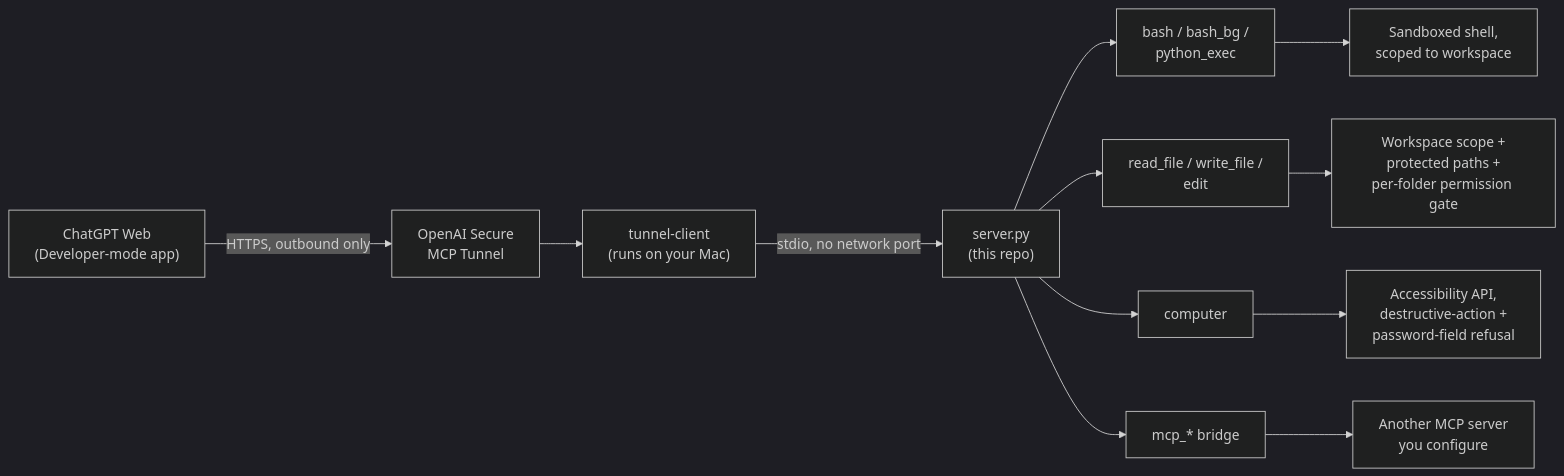
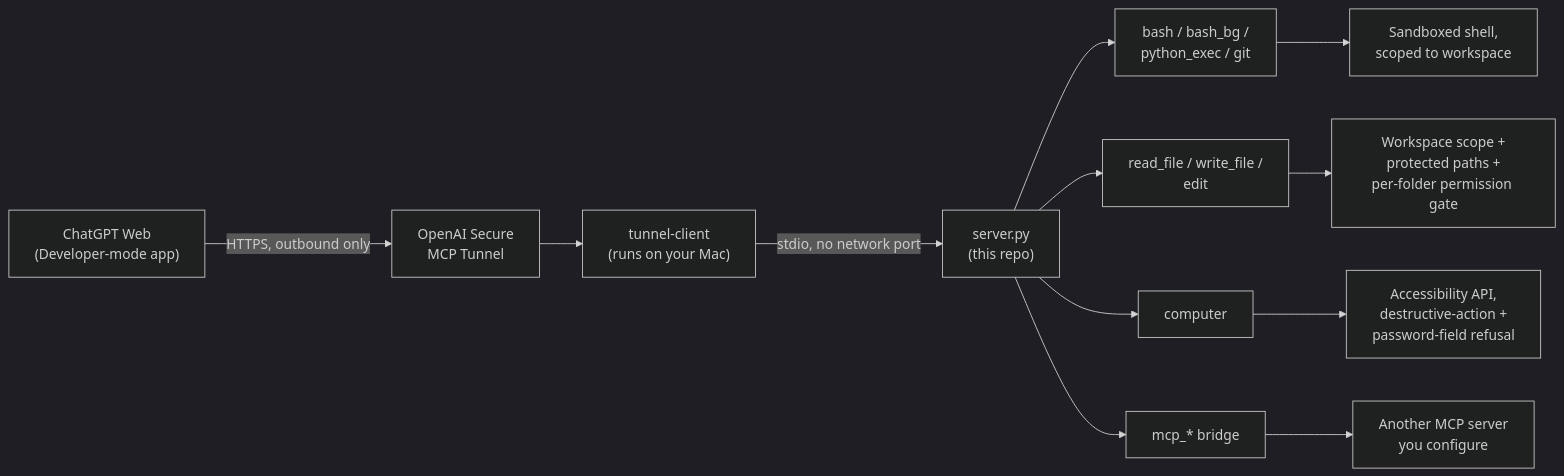
The first of 2 diagrams in README.md (halochamp/Endeavor_Hands), drawn with Mermaid (dark theme) before and after one commit. The commit also changed other lines of this file and 4 other files, not shown here.

````diff
--- a/README.md
+++ b/README.md
@@ -50,14 +51,14 @@
 ```mermaid
 flowchart LR
     A["ChatGPT Web<br/>(Developer-mode app)"] -->|HTTPS, outbound only| B["OpenAI Secure<br/>MCP Tunnel"]
     B --> C["tunnel-client<br/>(runs on your Mac)"]
     C -->|stdio, no network port| D["server.py<br/>(this repo)"]
-    D --> E["bash / bash_bg /<br/>python_exec"]
+    D --> E["bash / bash_bg /<br/>python_exec / git"]
     D --> F["read_file / write_file /<br/>edit"]
     D --> G["computer"]
     D --> H["mcp_* bridge"]
     E --> E1["Sandboxed shell,<br/>scoped to workspace"]
     F --> F1["Workspace scope +<br/>protected paths +<br/>per-folder permission gate"]
     G --> G1["Accessibility API,<br/>destructive-action +<br/>password-field refusal"]
     H --> H1["Another MCP server<br/>you configure"]
 ```
````
